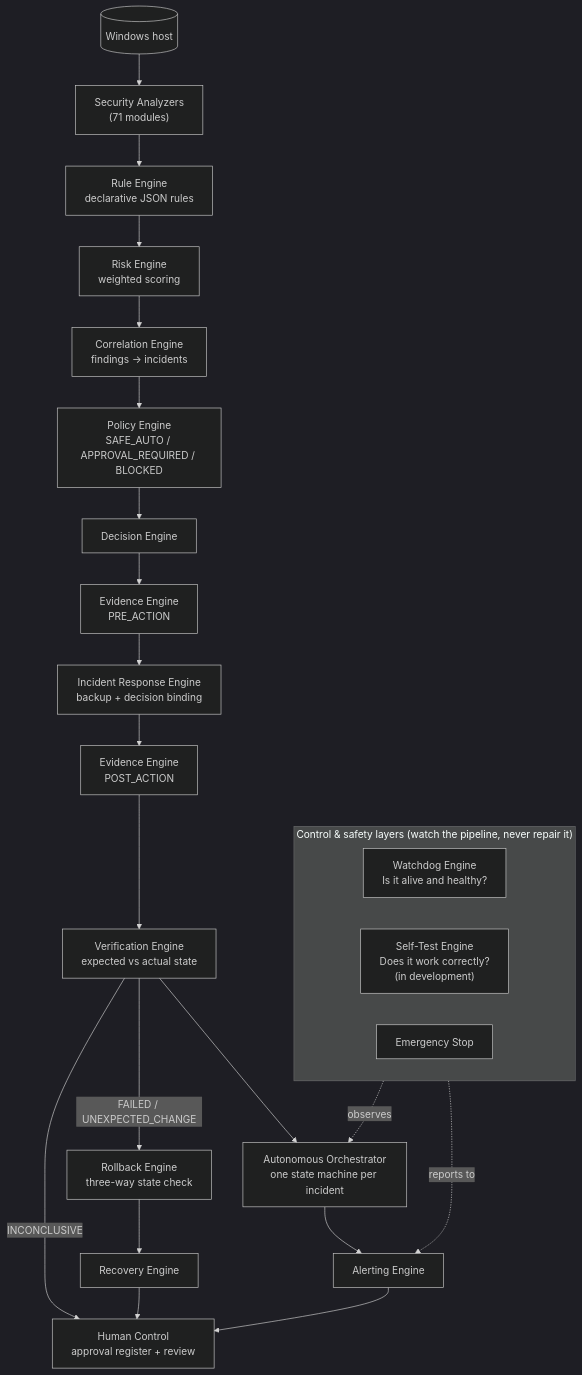
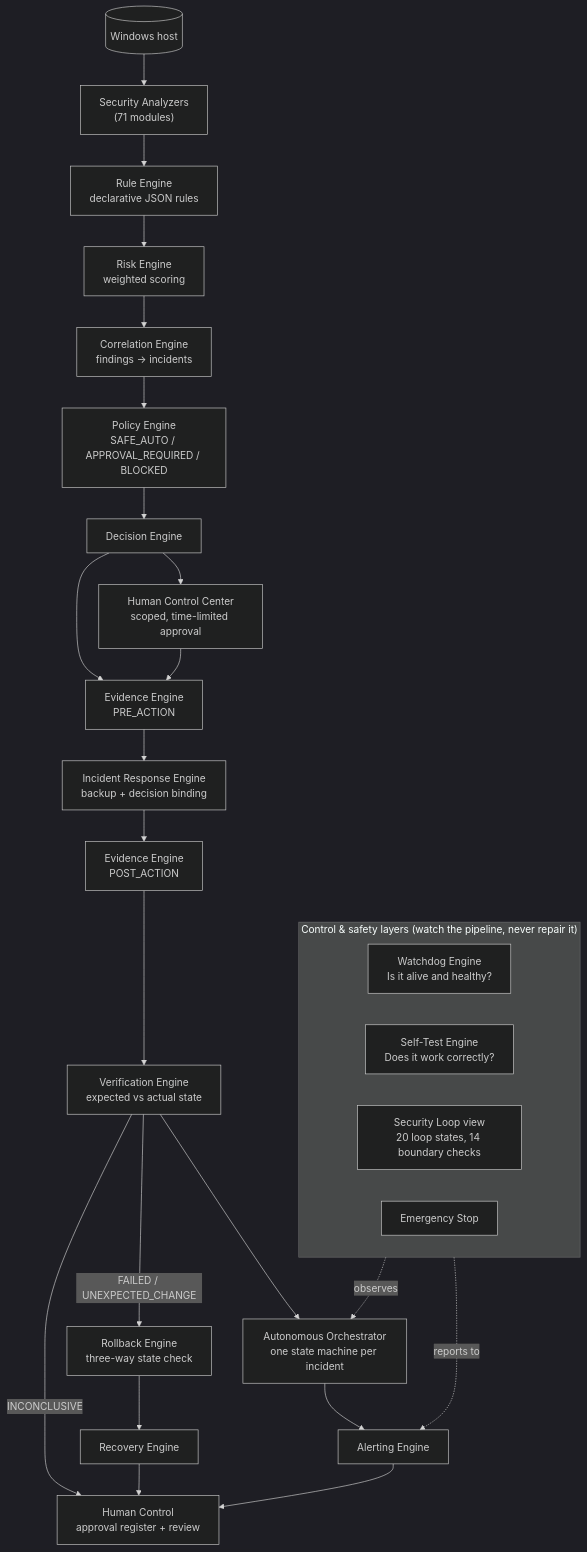
The diagram in README.md (Vasylmykhayliv848/ai-audit-center), drawn with Mermaid (dark theme) before and after one commit. The commit also changed other lines of this file, not shown here.

Commit message:
Describe the Autonomous Security Loop stage and update statuses and test results

````diff
--- a/README.md
+++ b/README.md
@@ -51,29 +51,32 @@
 ```mermaid
 flowchart TD
     WIN[("Windows host")] --> AN["Security Analyzers<br/>(71 modules)"]
     AN --> RULES["Rule Engine<br/>declarative JSON rules"]
     RULES --> RISK["Risk Engine<br/>weighted scoring"]
     RISK --> COR["Correlation Engine<br/>findings → incidents"]
     COR --> POL["Policy Engine<br/>SAFE_AUTO / APPROVAL_REQUIRED / BLOCKED"]
     POL --> DEC["Decision Engine"]
     DEC --> EVP["Evidence Engine<br/>PRE_ACTION"]
     EVP --> IR["Incident Response Engine<br/>backup + decision binding"]
     IR --> EVA["Evidence Engine<br/>POST_ACTION"]
     EVA --> VER["Verification Engine<br/>expected vs actual state"]
     VER -->|FAILED / UNEXPECTED_CHANGE| RB["Rollback Engine<br/>three-way state check"]
     RB --> REC["Recovery Engine"]
     VER -->|INCONCLUSIVE| HUM
     REC --> HUM
     VER --> ORC
     ORC["Autonomous Orchestrator<br/>one state machine per incident"] --> ALR["Alerting Engine"]
     ALR --> HUM["Human Control<br/>approval register + review"]
 
     subgraph SAFETY["Control & safety layers (watch the pipeline, never repair it)"]
         WD["Watchdog Engine<br/>Is it alive and healthy?"]
-        ST["Self-Test Engine<br/>Does it work correctly?<br/>(in development)"]
+        ST["Self-Test Engine<br/>Does it work correctly?"]
+        LOOP["Security Loop view<br/>20 loop states, 14 boundary checks"]
         ES["Emergency Stop"]
     end
 
+    DEC --> HCC["Human Control Center<br/>scoped, time-limited approval"]
+    HCC --> EVP
     SAFETY -. observes .-> ORC
     SAFETY -. reports to .-> ALR
 ```
````
